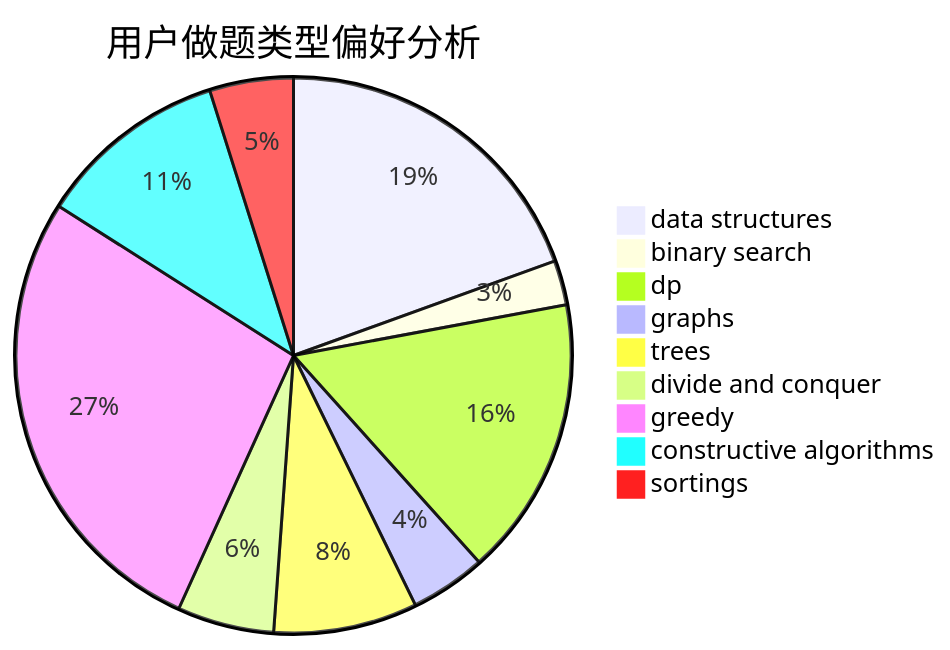
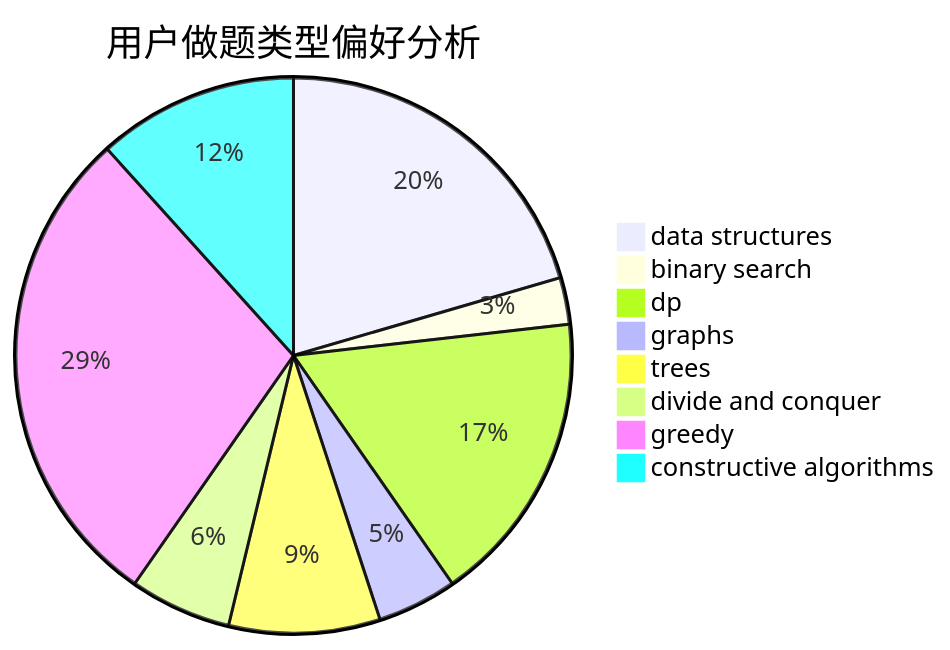
The second of 3 diagrams in docs/user/u647.md (sherpahu/cfrs.github.io), drawn with Mermaid before and after one commit. The commit also changed other lines of this file and 2769 other files, not shown here.

````diff
--- a/docs/user/u647.md
+++ b/docs/user/u647.md
@@ -18,12 +18,11 @@
 ```mermaid
 pie title 用户做题类型偏好分析
     "data structures" :  128
     "binary search" :  17
     "dp" :  107
     "graphs" :  29
     "trees" :  55
     "divide and conquer" :  37
     "greedy" :  179
     "constructive algorithms" :  73
-    "sortings" :  32
 ```
````
